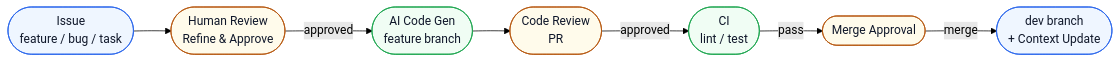
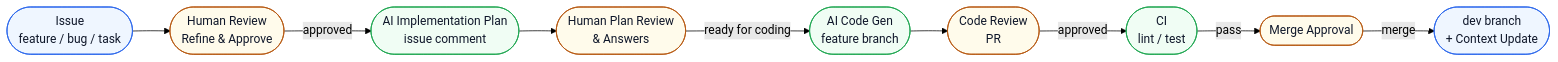
One commit to liangjun-jiang/enterprise-ai-sdlc-template changed the diagram in docs/presentations/slides.md. Above: the diagram before and after it, drawn with Mermaid (forest theme). The commit also changed other lines of this file, not shown here.

Commit message:
Enhance AI workflow documentation by adding implementation plan generation and human review steps to the pipeline flow. Update Mermaid diagram and related text for clarity.

````diff
--- a/docs/presentations/slides.md
+++ b/docs/presentations/slides.md
@@ -48,18 +48,22 @@
 ```mermaid
 flowchart LR
     A([Issue<br/>feature / bug / task]) --> B
     B([Human Review<br/>Refine & Approve]) -->|approved| C
-    C([AI Code Gen<br/>feature branch]) --> D
-    D([Code Review<br/>PR]) -->|approved| E
-    E([CI<br/>lint / test]) -->|pass| F
-    F([Merge Approval]) -->|merge| G
-    G([dev branch<br/>+ Context Update])
+    C([AI Implementation Plan<br/>issue comment]) --> D
+    D([Human Plan Review<br/>& Answers]) -->|ready for coding| E
+    E([AI Code Gen<br/>feature branch]) --> F
+    F([Code Review<br/>PR]) -->|approved| G
+    G([CI<br/>lint / test]) -->|pass| H
+    H([Merge Approval]) -->|merge| I
+    I([dev branch<br/>+ Context Update])
 
     style A fill:#eff6ff,stroke:#2563eb,color:#0f172a
     style B fill:#fffbeb,stroke:#b45309,color:#0f172a
     style C fill:#f0fdf4,stroke:#16a34a,color:#0f172a
     style D fill:#fffbeb,stroke:#b45309,color:#0f172a
     style E fill:#f0fdf4,stroke:#16a34a,color:#0f172a
     style F fill:#fffbeb,stroke:#b45309,color:#0f172a
-    style G fill:#eff6ff,stroke:#2563eb,color:#0f172a
+    style G fill:#f0fdf4,stroke:#16a34a,color:#0f172a
+    style H fill:#fffbeb,stroke:#b45309,color:#0f172a
+    style I fill:#eff6ff,stroke:#2563eb,color:#0f172a
 ```    
````
